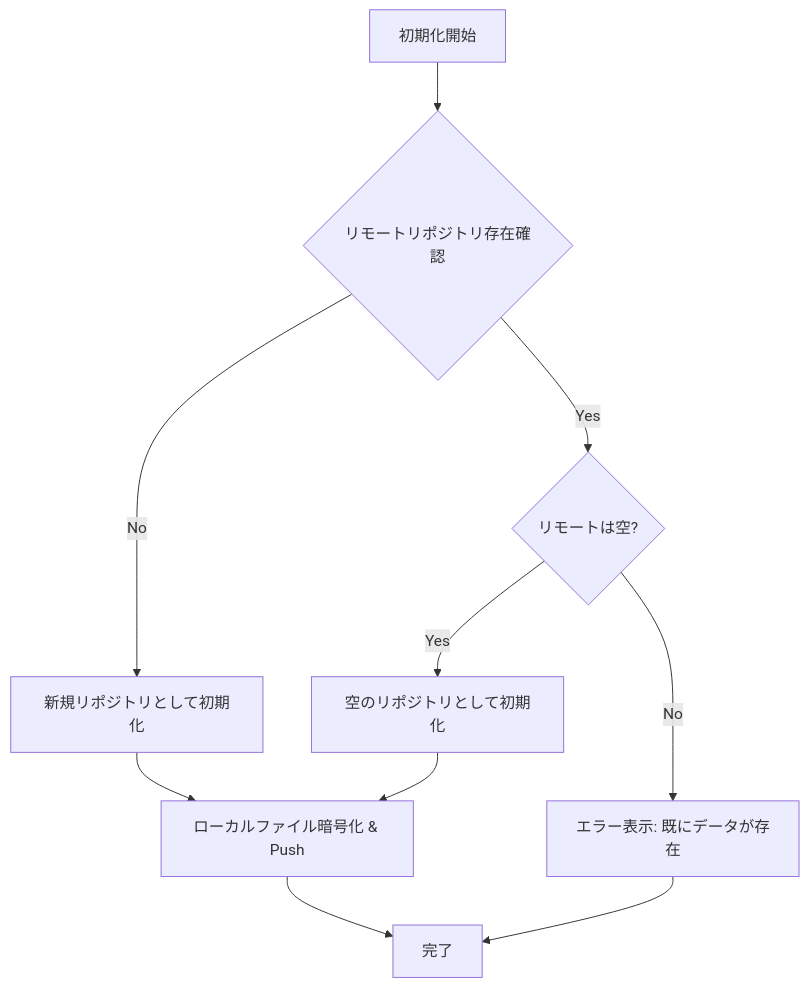
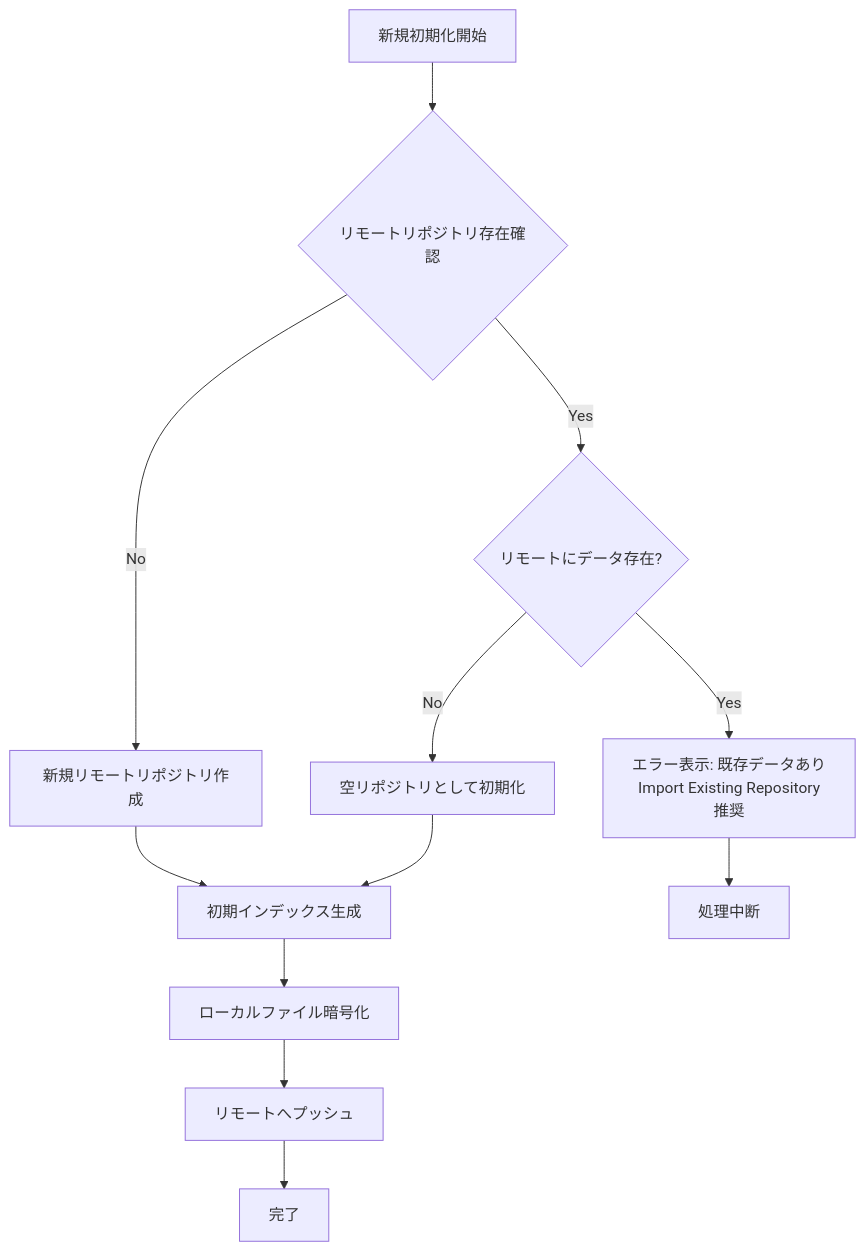
The fifth of 10 diagrams in docs/spec.md (masahide/SecureNotesSyncVSCodeExt), drawn with Mermaid before and after one commit. The commit also changed other lines of this file and 14 other files, not shown here.

````diff
--- a/docs/spec.md
+++ b/docs/spec.md
@@ -152,13 +148,15 @@
 ```mermaid
 graph TD
-    A[初期化開始] --> B{リモートリポジトリ存在確認};
-    B -->|No| C[新規リポジトリとして初期化];
-    B -->|Yes| D{リモートは空?};
-    D -->|Yes| E[空のリポジトリとして初期化];
-    D -->|No| F[エラー表示: 既にデータが存在];
+    A[新規初期化開始] --> B{リモートリポジトリ存在確認};
+    B -->|No| C[新規リモートリポジトリ作成];
+    B -->|Yes| D{リモートにデータ存在?};
+    D -->|Yes| E[エラー表示: 既存データあり<br/>Import Existing Repository推奨];
+    D -->|No| F[空リポジトリとして初期化];
 
-    C --> G[ローカルファイル暗号化 & Push];
-    E --> G;
-    G --> H[完了];
-    F --> H;
+    C --> G[初期インデックス生成];
+    F --> G;
+    G --> H[ローカルファイル暗号化];
+    H --> I[リモートへプッシュ];
+    I --> J[完了];
+    E --> K[処理中断];
 ```
````
